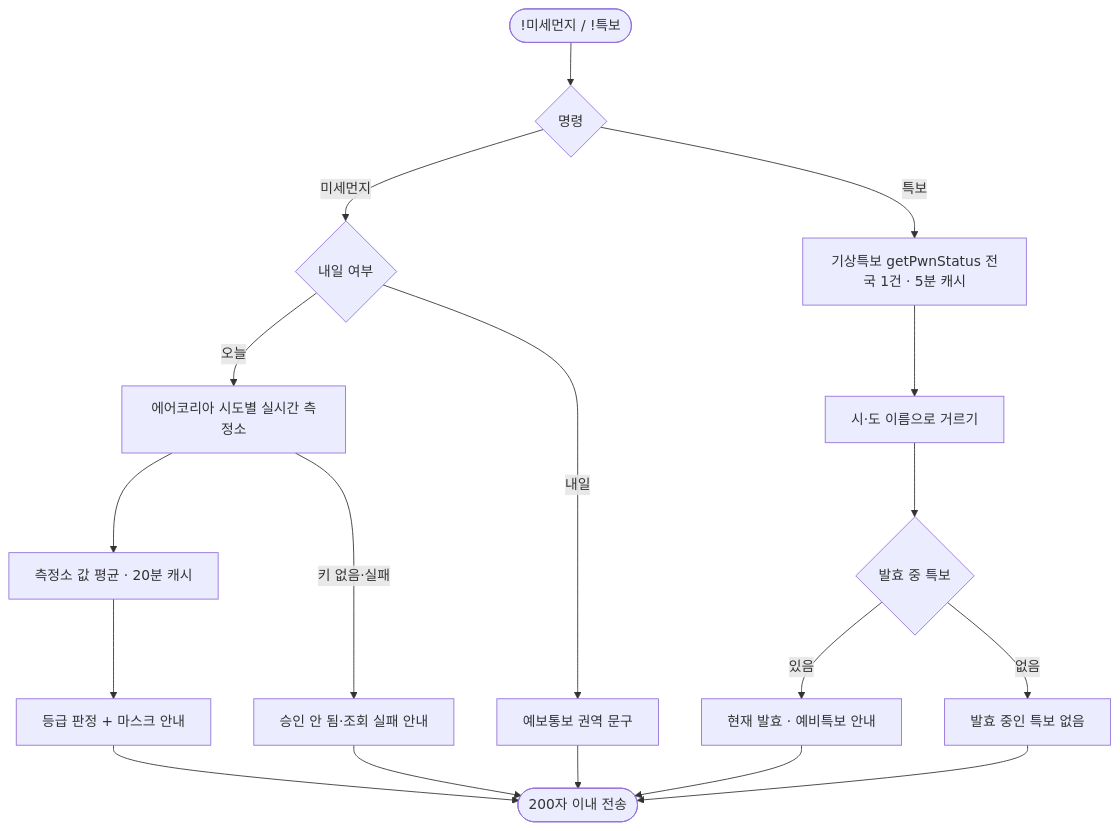
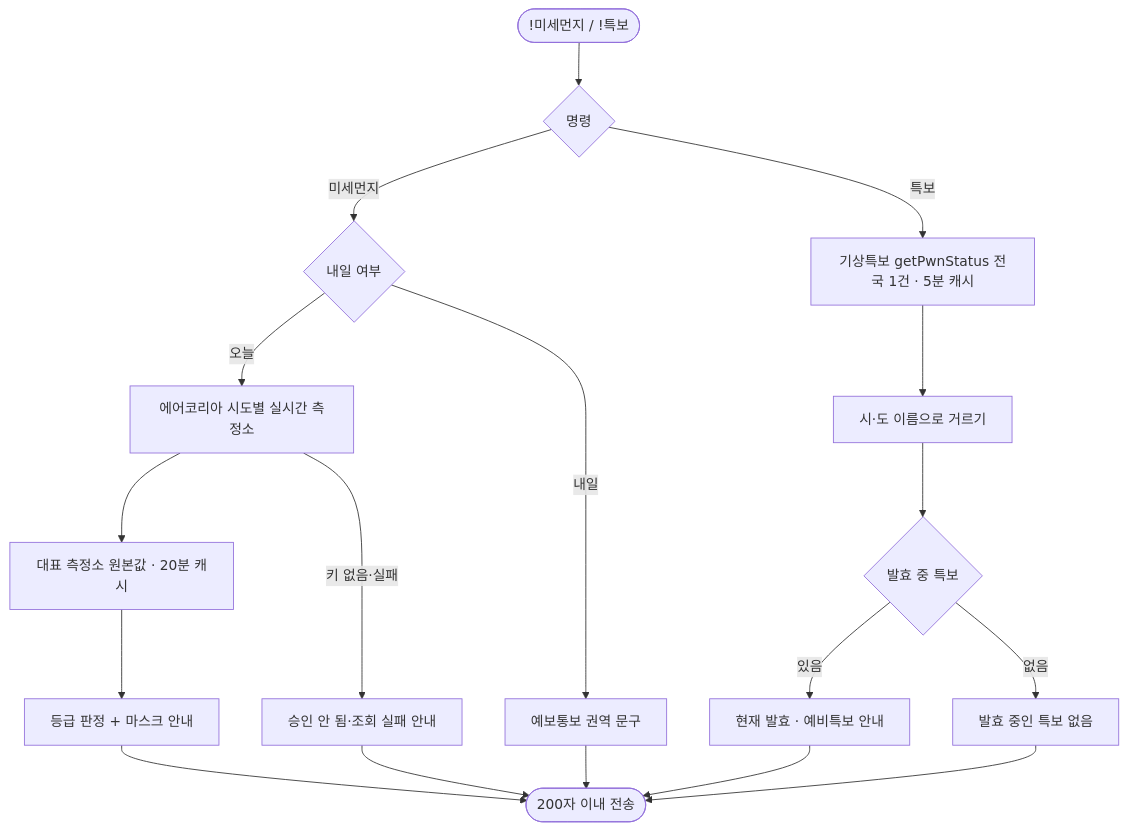
Before and after one commit to mycom0216/radio-mate-bot: the diagram in docs/deliverables/20261119/순서도/mmd/12_미세먼지와_기상특보_조회.mmd, drawn with Mermaid. The commit also changed 27 other files, not shown here.

```diff
--- a/docs/deliverables/20261119/순서도/mmd/12_미세먼지와_기상특보_조회.mmd
+++ b/docs/deliverables/20261119/순서도/mmd/12_미세먼지와_기상특보_조회.mmd
@@ -1,18 +1,18 @@
 flowchart TD
  A([!미세먼지 / !특보]) --> B{명령}
  B -- 미세먼지 --> C{내일 여부}
  C -- 오늘 --> D[에어코리아 시도별 실시간 측정소]
- D --> E[측정소 값 평균 · 20분 캐시]
+ D --> E[대표 측정소 원본값 · 20분 캐시]
  E --> F[등급 판정 + 마스크 안내]
  C -- 내일 --> G[예보통보 권역 문구]
  B -- 특보 --> H[기상특보 getPwnStatus 전국 1건 · 5분 캐시]
  H --> I[시·도 이름으로 거르기]
  I --> J{발효 중 특보}
  J -- 있음 --> K[현재 발효 · 예비특보 안내]
  J -- 없음 --> L[발효 중인 특보 없음]
  D -- 키 없음·실패 --> M[승인 안 됨·조회 실패 안내]
  F --> N([200자 이내 전송])
  G --> N
  K --> N
  L --> N
  M --> N
```
